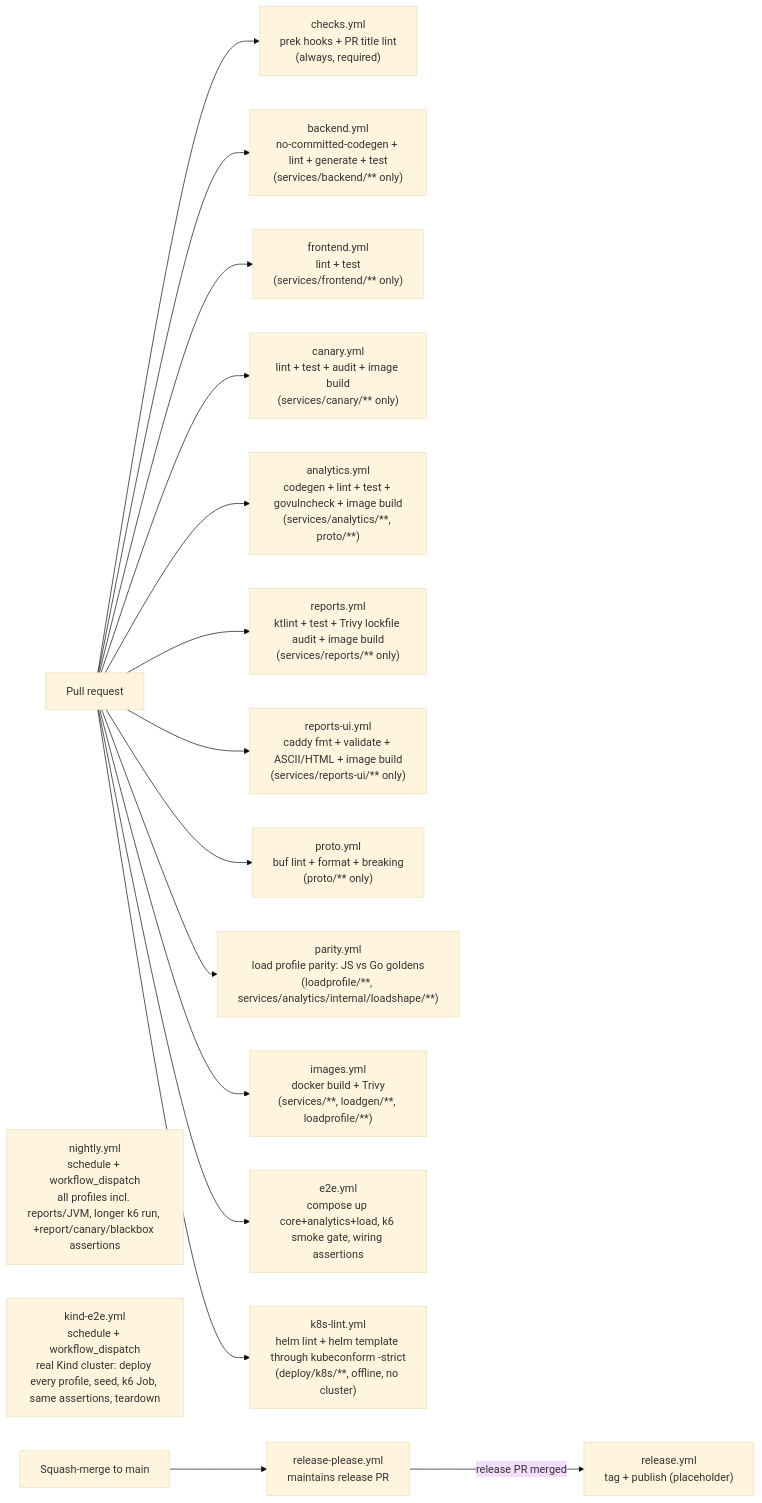
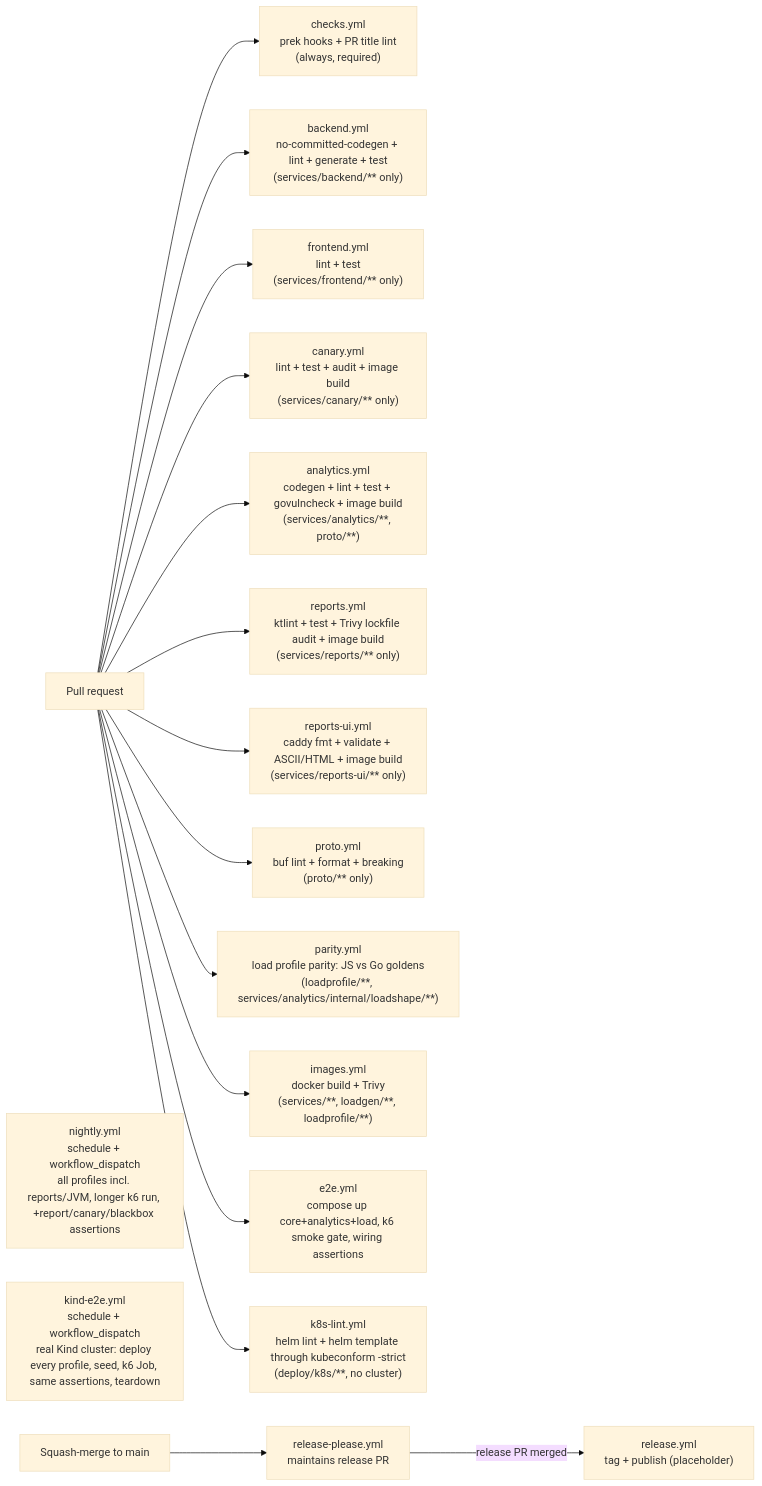
One commit to vovinacci/devops-demo changed the diagram in docs/ci.md. Above: the diagram before and after it, drawn with Mermaid (base theme). The commit also changed other lines of this file and 5 other files, not shown here.

First line of the commit message:
docs(k8s): stop calling the kubeconform gate offline (#284)

````diff
--- a/docs/ci.md
+++ b/docs/ci.md
@@ -12,19 +12,19 @@
 ```mermaid
 flowchart LR
     pr[Pull request] --> checks["checks.yml<br/>prek hooks + PR title lint<br/>(always, required)"]
     pr --> be["backend.yml<br/>no-committed-codegen + lint + generate + test<br/>(services/backend/** only)"]
     pr --> fe["frontend.yml<br/>lint + test<br/>(services/frontend/** only)"]
     pr --> ca["canary.yml<br/>lint + test + audit + image build<br/>(services/canary/** only)"]
     pr --> an["analytics.yml<br/>codegen + lint + test + govulncheck + image build<br/>(services/analytics/**, proto/**)"]
     pr --> rep["reports.yml<br/>ktlint + test + Trivy lockfile audit + image build<br/>(services/reports/** only)"]
     pr --> repui["reports-ui.yml<br/>caddy fmt + validate + ASCII/HTML + image build<br/>(services/reports-ui/** only)"]
     pr --> proto["proto.yml<br/>buf lint + format + breaking<br/>(proto/** only)"]
     pr --> par["parity.yml<br/>load profile parity: JS vs Go goldens<br/>(loadprofile/**, services/analytics/internal/loadshape/**)"]
     pr --> img["images.yml<br/>docker build + Trivy<br/>(services/**, loadgen/**, loadprofile/**)"]
     pr --> e2e["e2e.yml<br/>compose up core+analytics+load, k6 smoke gate, wiring assertions"]
-    pr --> k8s["k8s-lint.yml<br/>helm lint + helm template through kubeconform -strict<br/>(deploy/k8s/**, offline, no cluster)"]
+    pr --> k8s["k8s-lint.yml<br/>helm lint + helm template through kubeconform -strict<br/>(deploy/k8s/**, no cluster)"]
     night["nightly.yml<br/>schedule + workflow_dispatch<br/>all profiles incl. reports/JVM, longer k6 run, +report/canary/blackbox assertions"]
     kinde["kind-e2e.yml<br/>schedule + workflow_dispatch<br/>real Kind cluster: deploy every profile, seed, k6 Job, same assertions, teardown"]
     merge[Squash-merge to main] --> rp["release-please.yml<br/>maintains release PR"]
     rp -->|release PR merged| rel["release.yml<br/>tag + publish (placeholder)"]
 ```
````
